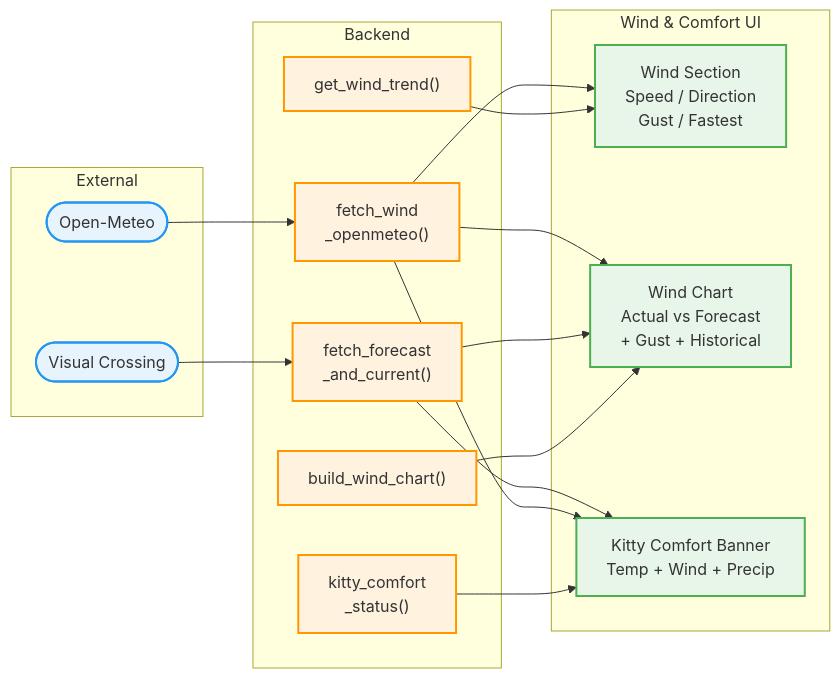
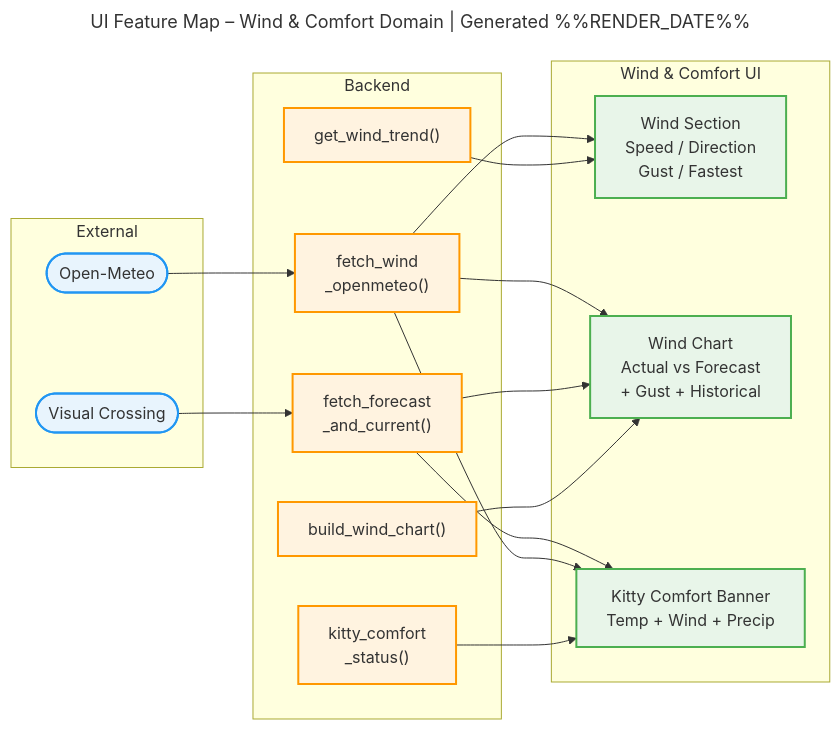
Before and after one commit to RobinWikoff/the-farm-monitor: the third of 7 diagrams in docs/c4/c4-ui-feature-map.md, drawn with Mermaid. The commit also changed other lines of this file and 27 other files, not shown here.

First line of the commit message:
Add diagram title + generation date header to all C4 diagrams

````diff
--- a/docs/c4/c4-ui-feature-map.md
+++ b/docs/c4/c4-ui-feature-map.md
@@ -113,43 +119,46 @@
 ```mermaid
+---
+title: UI Feature Map – Wind & Comfort Domain | Generated %%RENDER_DATE%%
+---
 flowchart LR
     subgraph EXT["External"]
         vc_api(["Visual Crossing"])
         om_api(["Open-Meteo"])
     end
 
     subgraph BE["Backend"]
         vc_fetch["fetch_forecast\n_and_current()"]
         wind_fetch["fetch_wind\n_openmeteo()"]
         analytics["get_wind_trend()"]
         comfort["kitty_comfort\n_status()"]
         viz["build_wind_chart()"]
     end
 
     subgraph UI["Wind & Comfort UI"]
         wind_section["Wind Section\nSpeed / Direction\nGust / Fastest"]
         wind_chart["Wind Chart\nActual vs Forecast\n+ Gust + Historical"]
         kitty_banner["Kitty Comfort Banner\nTemp + Wind + Precip"]
     end
 
     vc_api --> vc_fetch
     om_api --> wind_fetch
 
     wind_fetch --> wind_section
     analytics --> wind_section
 
     wind_fetch --> wind_chart
     vc_fetch --> wind_chart
     viz --> wind_chart
 
     vc_fetch --> kitty_banner
     wind_fetch --> kitty_banner
     comfort --> kitty_banner
 
     classDef external fill:#e8f4fd,stroke:#2196F3,stroke-width:2px
     classDef backend fill:#fff3e0,stroke:#FF9800,stroke-width:2px
     classDef ui fill:#e8f5e9,stroke:#4CAF50,stroke-width:2px
 
     class vc_api,om_api external
     class vc_fetch,wind_fetch,analytics,comfort,viz backend
     class wind_section,wind_chart,kitty_banner ui
 ```
````
